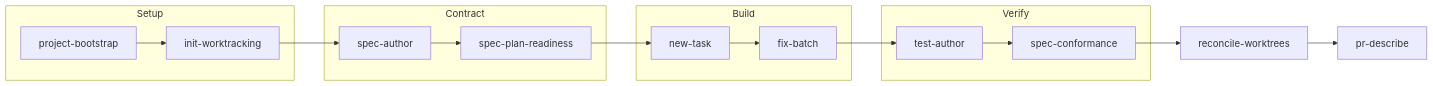
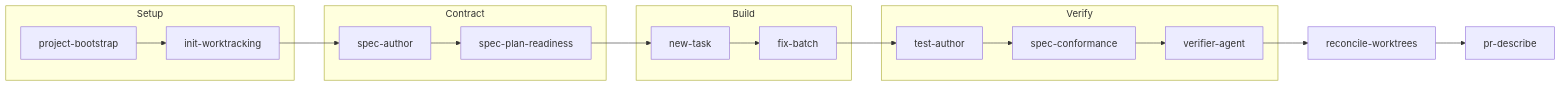
Before and after one commit to hams-ollo/zen-agent-skills: the diagram in README.md, drawn with Mermaid. The commit also changed other lines of this file and 8 other files, not shown here.

````diff
--- a/README.md
+++ b/README.md
@@ -41,20 +41,21 @@
 ```mermaid
 flowchart LR
   subgraph Setup
     A[project-bootstrap] --> B[init-worktracking]
   end
   subgraph Contract
     C[spec-author] --> D[spec-plan-readiness]
   end
   subgraph Build
     E[new-task] --> F[fix-batch]
   end
   subgraph Verify
     G[test-author] --> H[spec-conformance]
+    H --> I[verifier-agent]
   end
   B --> C
   D --> E
   F --> G
-  H --> I[reconcile-worktrees]
-  I --> J[pr-describe]
+  I --> J[reconcile-worktrees]
+  J --> K[pr-describe]
 ```
````
